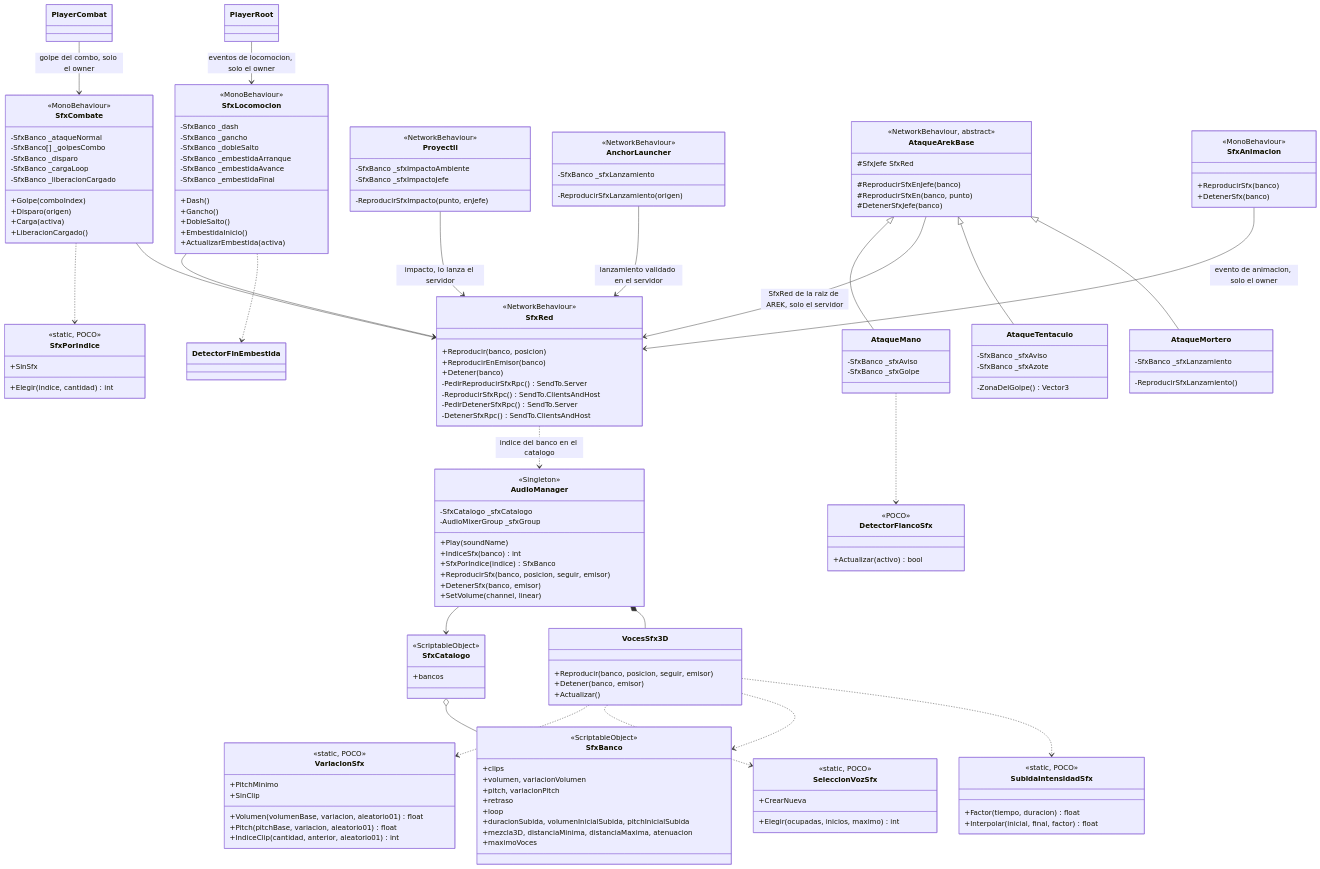
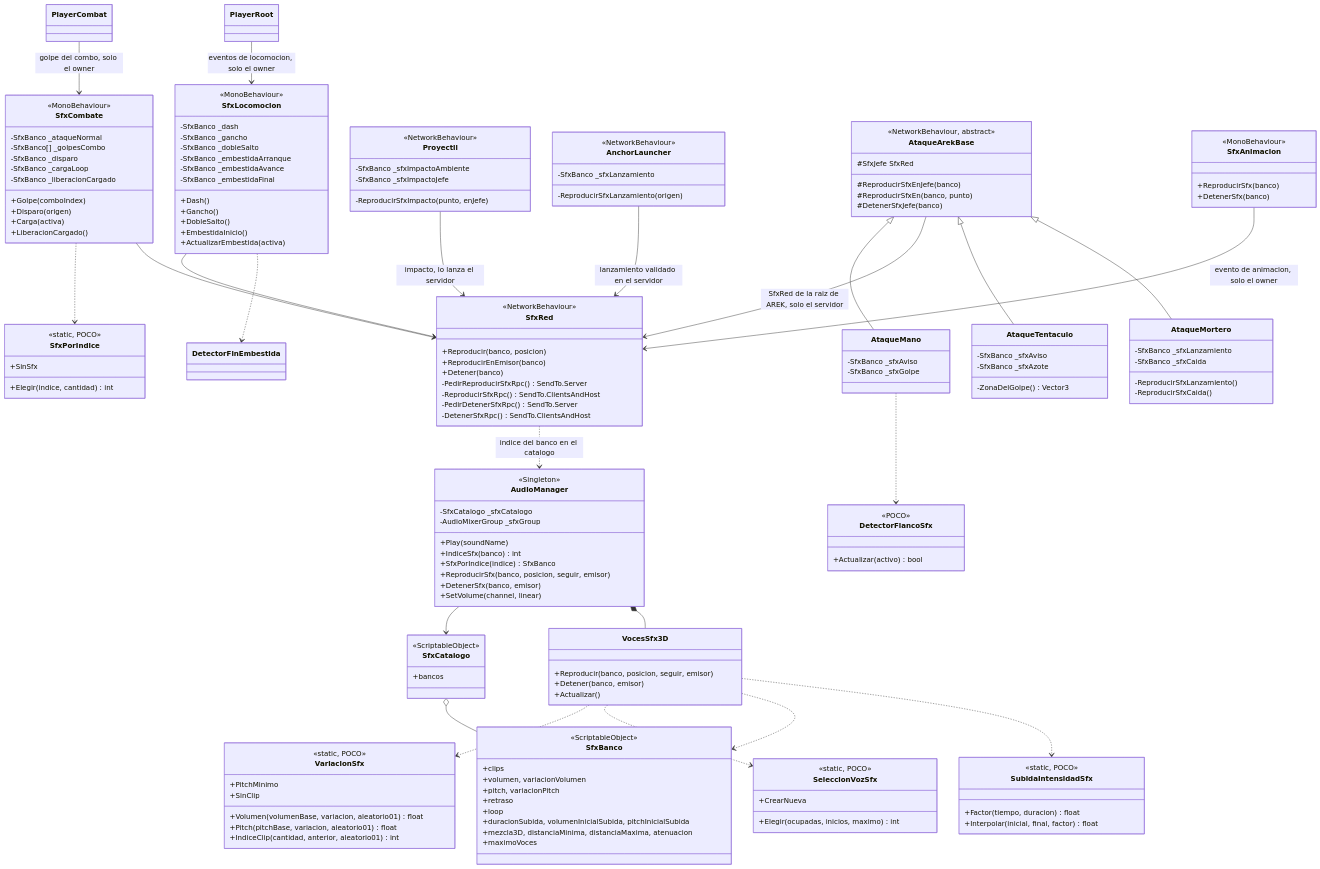
The diagram in docs/diagrams/audio.mermaid (VicBojoDev10/DeathOfMeaningRepo), drawn with Mermaid before and after one commit.

Commit message:
doc: add mortar impact sound to the audio diagram

```diff
--- a/docs/diagrams/audio.mermaid
+++ b/docs/diagrams/audio.mermaid
@@ -1,172 +1,174 @@
 classDiagram
     class VariacionSfx {
         <<static, POCO>>
         +PitchMinimo
         +SinClip
         +Volumen(volumenBase, variacion, aleatorio01) float
         +Pitch(pitchBase, variacion, aleatorio01) float
         +IndiceClip(cantidad, anterior, aleatorio01) int
     }
 
     class SeleccionVozSfx {
         <<static, POCO>>
         +CrearNueva
         +Elegir(ocupadas, inicios, maximo) int
     }
 
     class SfxPorIndice {
         <<static, POCO>>
         +SinSfx
         +Elegir(indice, cantidad) int
     }
 
     class SfxCombate {
         <<MonoBehaviour>>
         -SfxBanco _ataqueNormal
         -SfxBanco[] _golpesCombo
         -SfxBanco _disparo
         -SfxBanco _cargaLoop
         -SfxBanco _liberacionCargado
         +Golpe(comboIndex)
         +Disparo(origen)
         +Carga(activa)
         +LiberacionCargado()
     }
 
     class SfxLocomocion {
         <<MonoBehaviour>>
         -SfxBanco _dash
         -SfxBanco _gancho
         -SfxBanco _dobleSalto
         -SfxBanco _embestidaArranque
         -SfxBanco _embestidaAvance
         -SfxBanco _embestidaFinal
         +Dash()
         +Gancho()
         +DobleSalto()
         +EmbestidaInicio()
         +ActualizarEmbestida(activa)
     }
 
     class Proyectil {
         <<NetworkBehaviour>>
         -SfxBanco _sfxImpactoAmbiente
         -SfxBanco _sfxImpactoJefe
         -ReproducirSfxImpacto(punto, enJefe)
     }
 
     class AnchorLauncher {
         <<NetworkBehaviour>>
         -SfxBanco _sfxLanzamiento
         -ReproducirSfxLanzamiento(origen)
     }
 
     class DetectorFlancoSfx {
         <<POCO>>
         +Actualizar(activo) bool
     }
 
     class AtaqueArekBase {
         <<NetworkBehaviour, abstract>>
         #SfxJefe SfxRed
         #ReproducirSfxEnJefe(banco)
         #ReproducirSfxEn(banco, punto)
         #DetenerSfxJefe(banco)
     }
 
     class AtaqueMano {
         -SfxBanco _sfxAviso
         -SfxBanco _sfxGolpe
     }
 
     class AtaqueTentaculo {
         -SfxBanco _sfxAviso
         -SfxBanco _sfxAzote
         -ZonaDelGolpe() Vector3
     }
 
     class AtaqueMortero {
         -SfxBanco _sfxLanzamiento
+        -SfxBanco _sfxCaida
         -ReproducirSfxLanzamiento()
+        -ReproducirSfxCaida()
     }
 
     class SubidaIntensidadSfx {
         <<static, POCO>>
         +Factor(tiempo, duracion) float
         +Interpolar(inicial, final, factor) float
     }
 
     class SfxBanco {
         <<ScriptableObject>>
         +clips
         +volumen, variacionVolumen
         +pitch, variacionPitch
         +retraso
         +loop
         +duracionSubida, volumenInicialSubida, pitchInicialSubida
         +mezcla3D, distanciaMinima, distanciaMaxima, atenuacion
         +maximoVoces
     }
 
     class SfxCatalogo {
         <<ScriptableObject>>
         +bancos
     }
 
     class AudioManager {
         <<Singleton>>
         -SfxCatalogo _sfxCatalogo
         -AudioMixerGroup _sfxGroup
         +Play(soundName)
         +IndiceSfx(banco) int
         +SfxPorIndice(indice) SfxBanco
         +ReproducirSfx(banco, posicion, seguir, emisor)
         +DetenerSfx(banco, emisor)
         +SetVolume(channel, linear)
     }
 
     class VocesSfx3D {
         +Reproducir(banco, posicion, seguir, emisor)
         +Detener(banco, emisor)
         +Actualizar()
     }
 
     class SfxRed {
         <<NetworkBehaviour>>
         +Reproducir(banco, posicion)
         +ReproducirEnEmisor(banco)
         +Detener(banco)
         -PedirReproducirSfxRpc() SendTo.Server
         -ReproducirSfxRpc() SendTo.ClientsAndHost
         -PedirDetenerSfxRpc() SendTo.Server
         -DetenerSfxRpc() SendTo.ClientsAndHost
     }
 
     class SfxAnimacion {
         <<MonoBehaviour>>
         +ReproducirSfx(banco)
         +DetenerSfx(banco)
     }
 
     SfxCatalogo o-- SfxBanco
     AudioManager --> SfxCatalogo
     AudioManager *-- VocesSfx3D
     VocesSfx3D ..> VariacionSfx
     VocesSfx3D ..> SeleccionVozSfx
     VocesSfx3D ..> SfxBanco
     SfxRed ..> AudioManager : indice del banco en el catalogo
     SfxAnimacion --> SfxRed : evento de animacion, solo el owner
     PlayerCombat --> SfxCombate : golpe del combo, solo el owner
     SfxCombate ..> SfxPorIndice
     SfxCombate --> SfxRed
     VocesSfx3D ..> SubidaIntensidadSfx
     PlayerRoot --> SfxLocomocion : eventos de locomocion, solo el owner
     SfxLocomocion --> SfxRed
     Proyectil --> SfxRed : impacto, lo lanza el servidor
     SfxLocomocion ..> DetectorFinEmbestida
     AnchorLauncher --> SfxRed : lanzamiento validado en el servidor
     AtaqueArekBase <|-- AtaqueMano
     AtaqueArekBase --> SfxRed : SfxRed de la raiz de AREK, solo el servidor
     AtaqueMano ..> DetectorFlancoSfx
     AtaqueArekBase <|-- AtaqueTentaculo
     AtaqueArekBase <|-- AtaqueMortero
```
